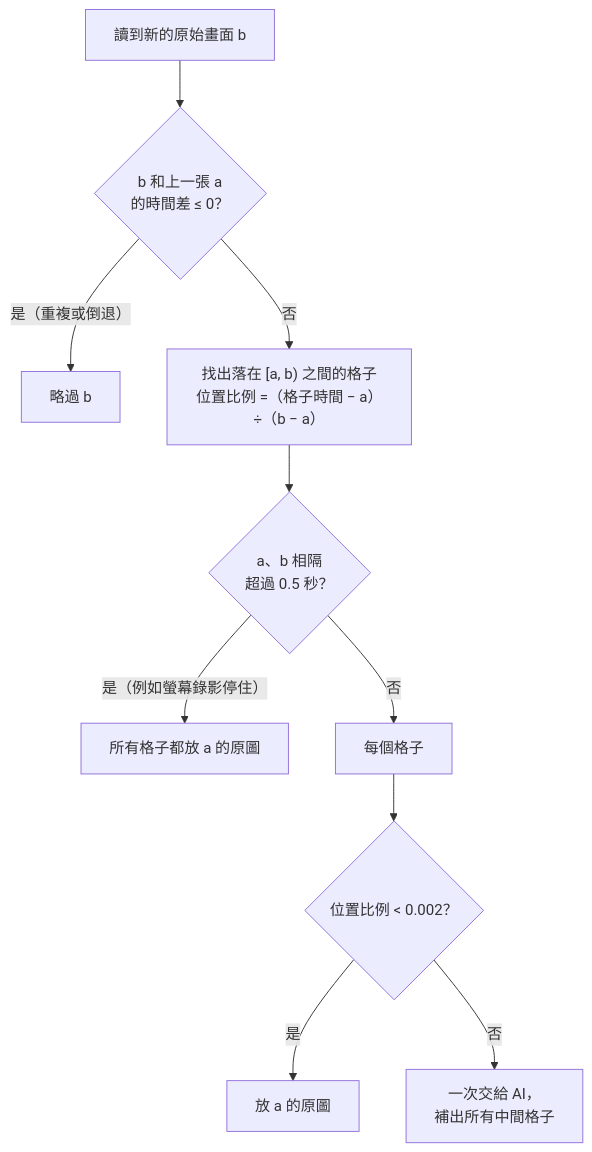
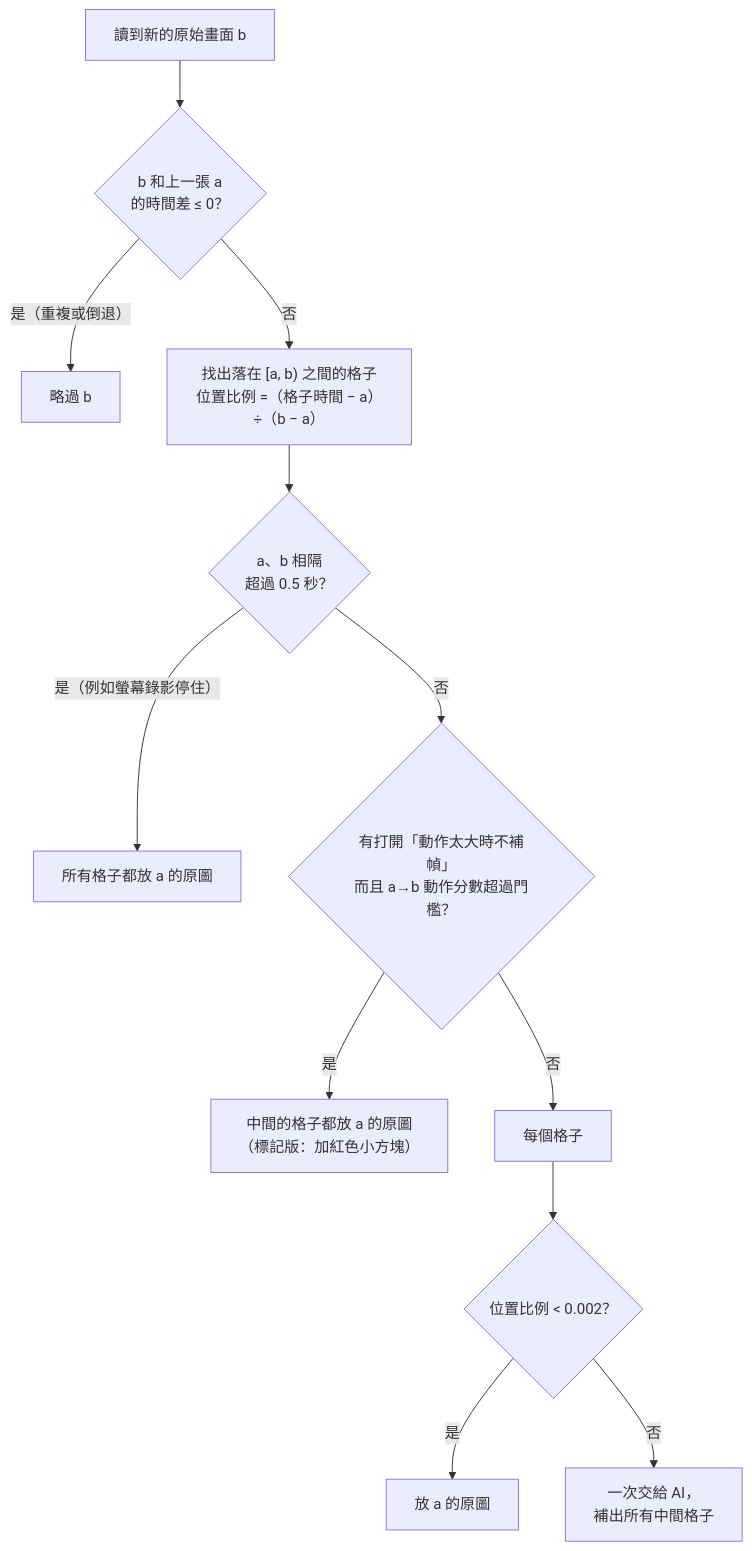
Before and after one commit to WebberningMoney/frame-booster: the fourth of 6 diagrams in docs/ARCHITECTURE.md, drawn with Mermaid. The commit also changed other lines of this file and 13 other files, not shown here.

````diff
--- a/docs/ARCHITECTURE.md
+++ b/docs/ARCHITECTURE.md
@@ -230,12 +260,14 @@
 ```mermaid
 flowchart TD
     S["讀到新的原始畫面 b"] --> Q1{"b 和上一張 a<br/>的時間差 ≤ 0？"}
     Q1 -- "是（重複或倒退）" --> SKIP["略過 b"]
     Q1 -- "否" --> FIND["找出落在 [a, b) 之間的格子<br/>位置比例 =（格子時間 − a）÷（b − a）"]
     FIND --> Q2{"a、b 相隔<br/>超過 0.5 秒？"}
     Q2 -- "是（例如螢幕錄影停住）" --> HOLD["所有格子都放 a 的原圖"]
-    Q2 -- "否" --> EACH["每個格子"]
+    Q2 -- "否" --> QM{"有打開「動作太大時不補幀」<br/>而且 a→b 動作分數超過門檻？"}
+    QM -- "是" --> HOLD2["中間的格子都放 a 的原圖<br/>（標記版：加紅色小方塊）"]
+    QM -- "否" --> EACH["每個格子"]
     EACH --> Q3{"位置比例 < 0.002？"}
     Q3 -- "是" --> ORIG["放 a 的原圖"]
     Q3 -- "否" --> AI["一次交給 AI，<br/>補出所有中間格子"]
 ```
````
